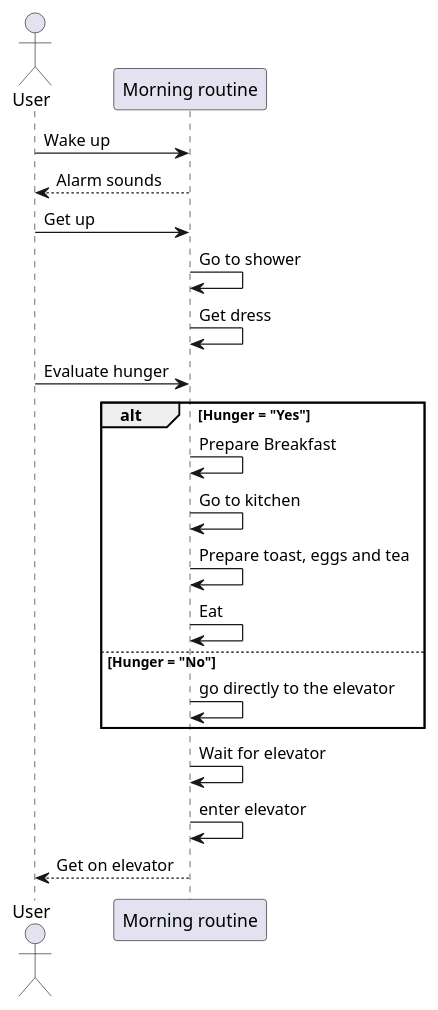
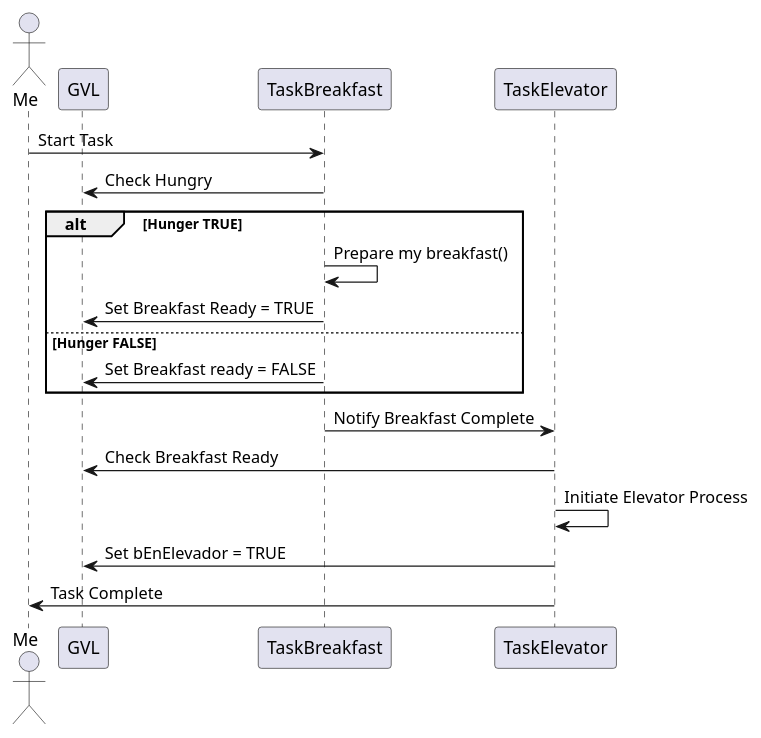
The diagram in src/Sequence1.md (SebaPascal/Process-and-safety-assignment), drawn with PlantUML before and after one commit.

Commit message:
Finish my sequence 1

````diff
--- a/src/Sequence1.md
+++ b/src/Sequence1.md
@@ -5,28 +5,24 @@
 ```plantuml
-skinparam backgroundColor transparent
 @startuml
-actor User as U
-participant "Morning routine" as S
+actor Me as Operator
+participant GVL
+participant TaskBreakfast
+participant TaskElevator
 
-U -> S : Wake up
-S --> U : Alarm sounds
-
-U -> S : Get up
-S -> S : Go to shower
-S -> S : Get dress
-
-U -> S : Evaluate hunger
-alt Hunger = "Yes"
-  S -> S : Prepare Breakfast
-  S -> S : Go to kitchen
-  S -> S : Prepare toast, eggs and tea
-  S -> S : Eat
-else Hunger = "No"
-  S -> S : go directly to the elevator
+Operator -> TaskBreakfast : Start Task
+TaskBreakfast -> GVL : Check Hungry
+alt Hunger TRUE
+    TaskBreakfast -> TaskBreakfast : Prepare my breakfast()
+    TaskBreakfast -> GVL : Set Breakfast Ready = TRUE
+else Hunger FALSE
+    TaskBreakfast -> GVL : Set Breakfast ready = FALSE
 end
 
-S -> S : Wait for elevator
-S -> S : enter elevator
-S --> U : Get on elevator
+TaskBreakfast -> TaskElevator : Notify Breakfast Complete
+TaskElevator -> GVL : Check Breakfast Ready
+TaskElevator -> TaskElevator : Initiate Elevator Process
+TaskElevator -> GVL : Set bEnElevador = TRUE
+TaskElevator -> Operator : Task Complete
+
 @enduml
 ```
````
